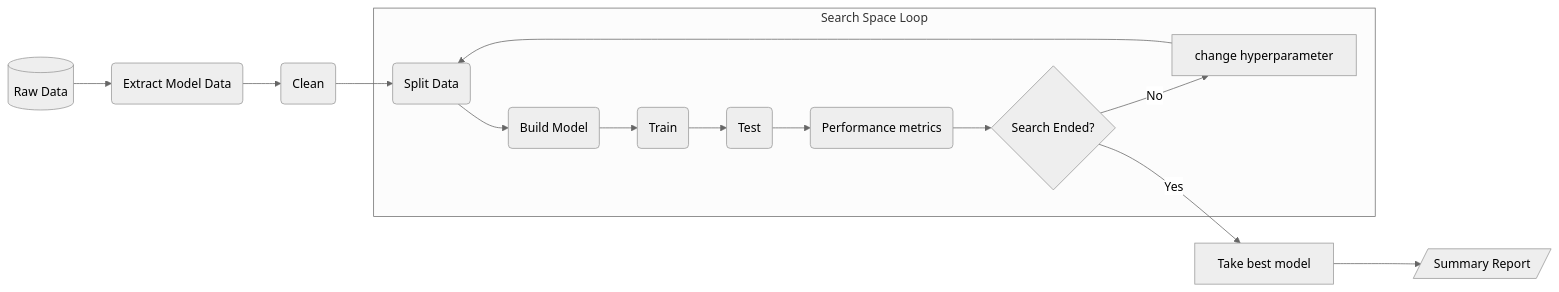
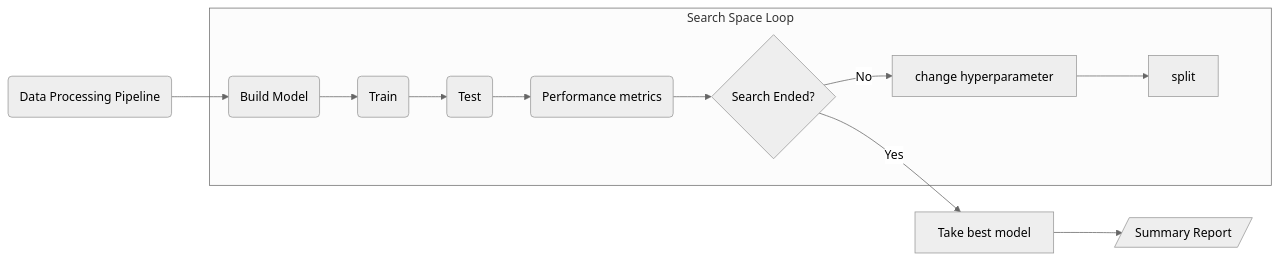
Before and after one commit to abdelrahmanaltawil/multiple-sclerosis: the third of 3 diagrams in docs/source/pipelines.md, drawn with Mermaid (neutral theme). The commit also changed other lines of this file, not shown here.

````diff
--- a/docs/source/pipelines.md
+++ b/docs/source/pipelines.md
@@ -17,25 +23,23 @@
 ```mermaid
 graph LR
-    raw[(Raw Data)] --> extract(Extract Model Data)
-    extract --> clean(Clean)
-    clean --> split(Split Data)
-    split --> build(Build Model)
+    data_processing(Data Processing Pipeline) --> build(Build Model)
     build --> train(Train)
     train --> test(Test)
     test --> performance(Performance metrics)
     performance --> loop-ends{Search Ended?}
     loop-ends --> |No| change[change hyperparameter]
     change --> split
     loop-ends --> |Yes| return-best[Take best model]
     return-best --> report[/Summary Report/]
+
 
     subgraph loop[Search Space Loop]
         split
         build
         train
         test
         performance
         loop-ends
         change
     end
 ```
````
